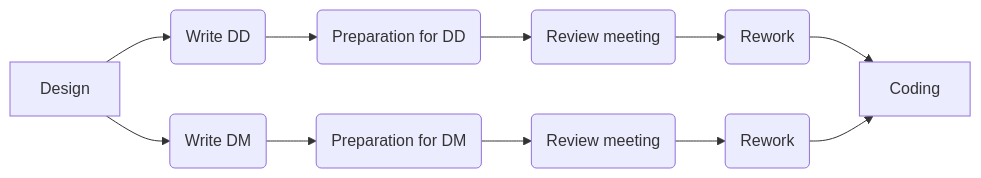
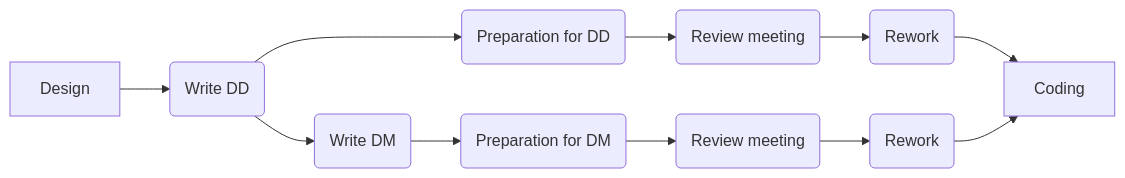
One commit to hanggrian/IIT-CS587 changed the fourth of 9 diagrams in assignments/hw1.md. Above: the diagram before and after it, drawn with Mermaid. The commit also changed other lines of this file and 6 other files, not shown here.

````diff
--- a/assignments/hw1.md
+++ b/assignments/hw1.md
@@ -136,13 +183,13 @@
 ```mermaid
 graph LR
   A[Design] --> B(Write DD)
-  A --> C(Write DM)
+  B --> C(Write DM)
   B --> D(Preparation for DD)
   C --> E(Preparation for DM)
   D --> G(Review meeting)
   E --> H(Review meeting)
   G --> I(Rework)
   H --> J(Rework)
   I --> K[Coding]
   J --> K
 ```
````
